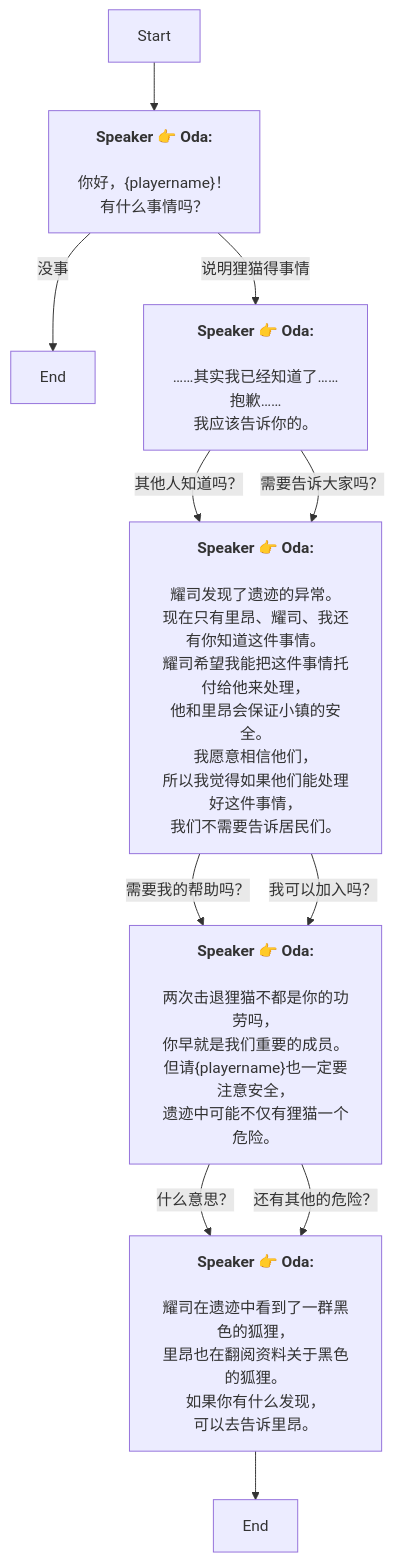
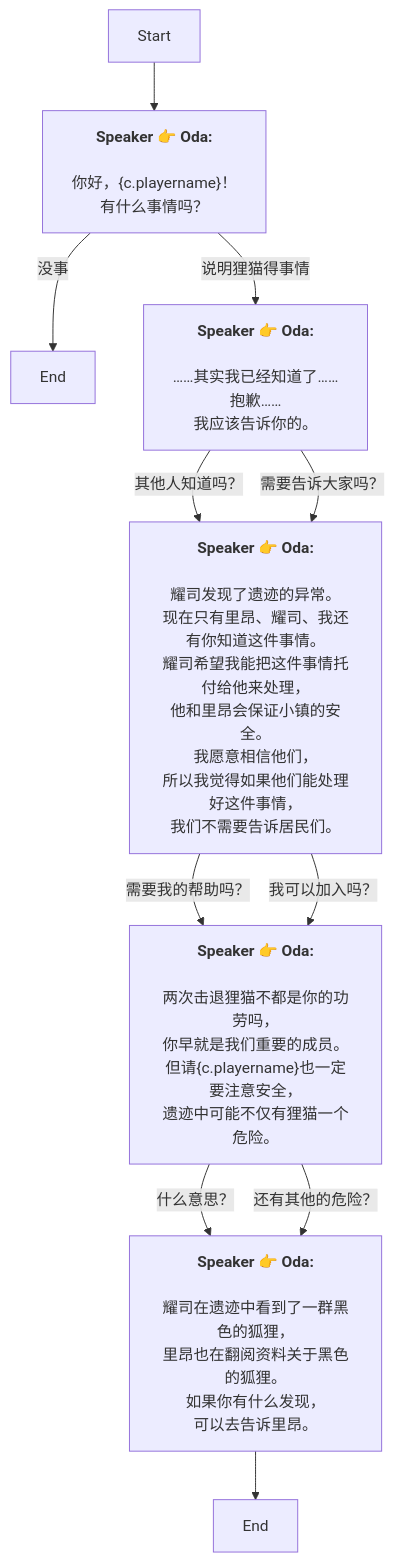
Before and after one commit to SoftHu/tos_avg: the diagram in Zh/QuestTalkObjectiveNode_1761994347035271.md, drawn with Mermaid. The commit also changed 410 other files, not shown here.

````diff
--- a/Zh/QuestTalkObjectiveNode_1761994347035271.md
+++ b/Zh/QuestTalkObjectiveNode_1761994347035271.md
@@ -1,41 +1,41 @@
 ```mermaid
 graph
 Start -->1761994565016202[<b>Speaker 👉 Oda:</b>
-\n你好，&lbrace;playername&rbrace;！
+\n你好，&lbrace;c.playername&rbrace;！
 有什么事情吗？]
 1761994565016202 -->|没事|1761995118851729[End]
 1761994565016202 -->|说明狸猫得事情|1761995505944210[<b>Speaker 👉 Oda:</b>
 \n……其实我已经知道了……
 抱歉……
 我应该告诉你的。]
 1761995505944210 -->|其他人知道吗？|1761995693570712[<b>Speaker 👉 Oda:</b>
 \n耀司发现了遗迹的异常。
 现在只有里昂、耀司、我还有你知道这件事情。\n耀司希望我能把这件事情托付给他来处理，
 他和里昂会保证小镇的安全。\n我愿意相信他们，
 所以我觉得如果他们能处理好这件事情，
 我们不需要告诉居民们。]
 1761995505944210 -->|需要告诉大家吗？|1761995693570712[<b>Speaker 👉 Oda:</b>
 \n耀司发现了遗迹的异常。
 现在只有里昂、耀司、我还有你知道这件事情。\n耀司希望我能把这件事情托付给他来处理，
 他和里昂会保证小镇的安全。\n我愿意相信他们，
 所以我觉得如果他们能处理好这件事情，
 我们不需要告诉居民们。]
 1761995693570712 -->|需要我的帮助吗？|1761996012354207[<b>Speaker 👉 Oda:</b>
 \n两次击退狸猫不都是你的功劳吗，
-你早就是我们重要的成员。\n但请&lbrace;playername&rbrace;也一定要注意安全，
+你早就是我们重要的成员。\n但请&lbrace;c.playername&rbrace;也一定要注意安全，
 遗迹中可能不仅有狸猫一个危险。]
 1761995693570712 -->|我可以加入吗？|1761996012354207[<b>Speaker 👉 Oda:</b>
 \n两次击退狸猫不都是你的功劳吗，
-你早就是我们重要的成员。\n但请&lbrace;playername&rbrace;也一定要注意安全，
+你早就是我们重要的成员。\n但请&lbrace;c.playername&rbrace;也一定要注意安全，
 遗迹中可能不仅有狸猫一个危险。]
 1761996012354207 -->|什么意思？|1761996076811946[<b>Speaker 👉 Oda:</b>
 \n耀司在遗迹中看到了一群黑色的狐狸，
 里昂也在翻阅资料关于黑色的狐狸。\n如果你有什么发现，
 可以去告诉里昂。]
 1761996012354207 -->|还有其他的危险？|1761996076811946[<b>Speaker 👉 Oda:</b>
 \n耀司在遗迹中看到了一群黑色的狐狸，
 里昂也在翻阅资料关于黑色的狐狸。\n如果你有什么发现，
 可以去告诉里昂。]
 1761996076811946 -->1761995115106960[End]
 
 ```
````
